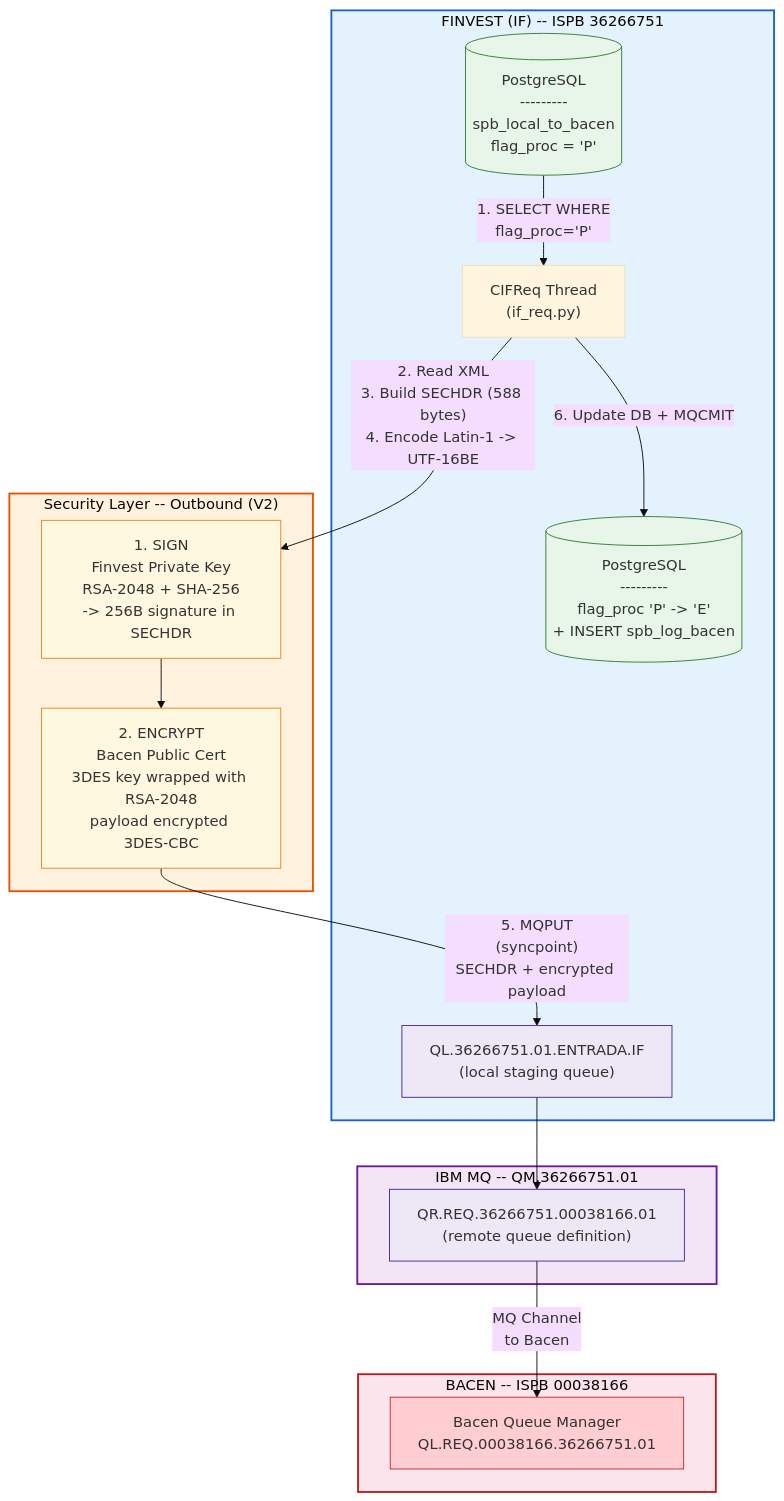
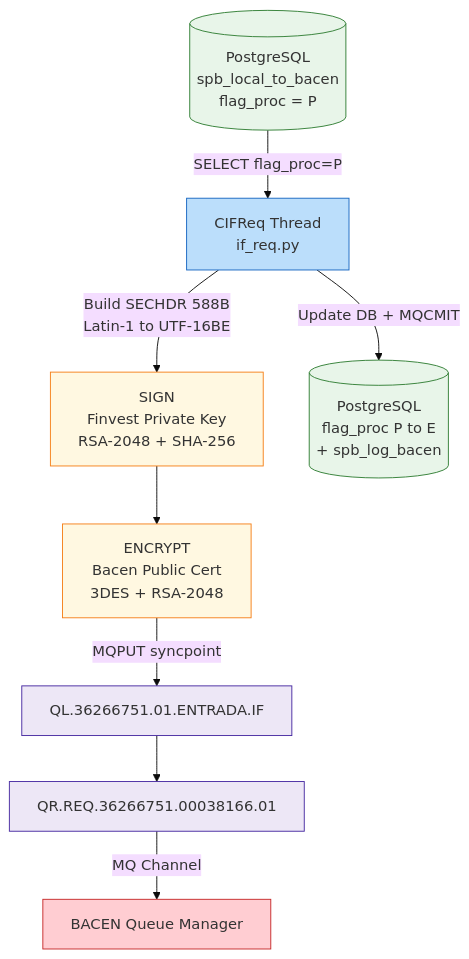
Before and after one commit to ACBtech86/SPB_FINAL: the first of 5 diagrams in Docs/MESSAGE_FLOWS.md, drawn with Mermaid (base theme). The commit also changed other lines of this file and 1 other file, not shown here.

First line of the commit message:
docs: Fix Mermaid diagrams and remove tmux references

````diff
--- a/Docs/MESSAGE_FLOWS.md
+++ b/Docs/MESSAGE_FLOWS.md
@@ -40,42 +40,28 @@
 ```mermaid
-flowchart TD
-    subgraph FINVEST ["FINVEST (IF) -- ISPB 36266751"]
-        DB_OUT[("PostgreSQL\n---------\nspb_local_to_bacen\nflag_proc = 'P'")]
-        IFREQ["CIFReq Thread\n(if_req.py)"]
-        DB_UPD[("PostgreSQL\n---------\nflag_proc 'P' -> 'E'\n+ INSERT spb_log_bacen")]
-        QL_IF["QL.36266751.01.ENTRADA.IF\n(local staging queue)"]
-    end
+graph TD
+    DB_OUT[("PostgreSQL<br/>spb_local_to_bacen<br/>flag_proc = P")]
+    IFREQ["CIFReq Thread<br/>if_req.py"]
+    SIGN["SIGN<br/>Finvest Private Key<br/>RSA-2048 + SHA-256"]
+    ENCRYPT["ENCRYPT<br/>Bacen Public Cert<br/>3DES + RSA-2048"]
+    QL_IF["QL.36266751.01.ENTRADA.IF"]
+    QR_REQ["QR.REQ.36266751.00038166.01"]
+    DB_UPD[("PostgreSQL<br/>flag_proc P to E<br/>+ spb_log_bacen")]
+    BC_QM["BACEN Queue Manager"]
 
-    subgraph SECURITY_OUT ["Security Layer -- Outbound (V2)"]
-        SIGN["1. SIGN\nFinvest Private Key\nRSA-2048 + SHA-256\n-> 256B signature in SECHDR"]
-        ENCRYPT["2. ENCRYPT\nBacen Public Cert\n3DES key wrapped with RSA-2048\npayload encrypted 3DES-CBC"]
-    end
+    DB_OUT -->|"SELECT flag_proc=P"| IFREQ
+    IFREQ -->|"Build SECHDR 588B<br/>Latin-1 to UTF-16BE"| SIGN
+    SIGN --> ENCRYPT
+    ENCRYPT -->|"MQPUT syncpoint"| QL_IF
+    QL_IF --> QR_REQ
+    IFREQ -->|"Update DB + MQCMIT"| DB_UPD
+    QR_REQ -->|"MQ Channel"| BC_QM
 
-    subgraph MQ_OUT ["IBM MQ -- QM.36266751.01"]
-        QR_REQ["QR.REQ.36266751.00038166.01\n(remote queue definition)"]
-    end
-
-    subgraph BACEN ["BACEN -- ISPB 00038166"]
-        BC_QM["Bacen Queue Manager\nQL.REQ.00038166.36266751.01"]
-    end
-
-    DB_OUT -->|"1. SELECT WHERE\nflag_proc='P'"| IFREQ
-    IFREQ -->|"2. Read XML\n3. Build SECHDR (588 bytes)\n4. Encode Latin-1 -> UTF-16BE"| SIGN
-    SIGN --> ENCRYPT
-    ENCRYPT -->|"5. MQPUT\n(syncpoint)\nSECHDR + encrypted payload"| QL_IF
-    QL_IF --> QR_REQ
-    IFREQ -->|"6. Update DB + MQCMIT"| DB_UPD
-    QR_REQ -->|"MQ Channel\nto Bacen"| BC_QM
-
-    style FINVEST fill:#e3f2fd,stroke:#1565c0,stroke-width:2px
-    style SECURITY_OUT fill:#fff3e0,stroke:#e65100,stroke-width:2px
-    style MQ_OUT fill:#f3e5f5,stroke:#6a1b9a,stroke-width:2px
-    style BACEN fill:#fce4ec,stroke:#b71c1c,stroke-width:2px
     style DB_OUT fill:#e8f5e9,stroke:#2e7d32
     style DB_UPD fill:#e8f5e9,stroke:#2e7d32
     style SIGN fill:#fff8e1,stroke:#f57f17
     style ENCRYPT fill:#fff8e1,stroke:#f57f17
     style QL_IF fill:#ede7f6,stroke:#4527a0
     style QR_REQ fill:#ede7f6,stroke:#4527a0
     style BC_QM fill:#ffcdd2,stroke:#c62828
+    style IFREQ fill:#bbdefb,stroke:#1565c0
 ```
````
